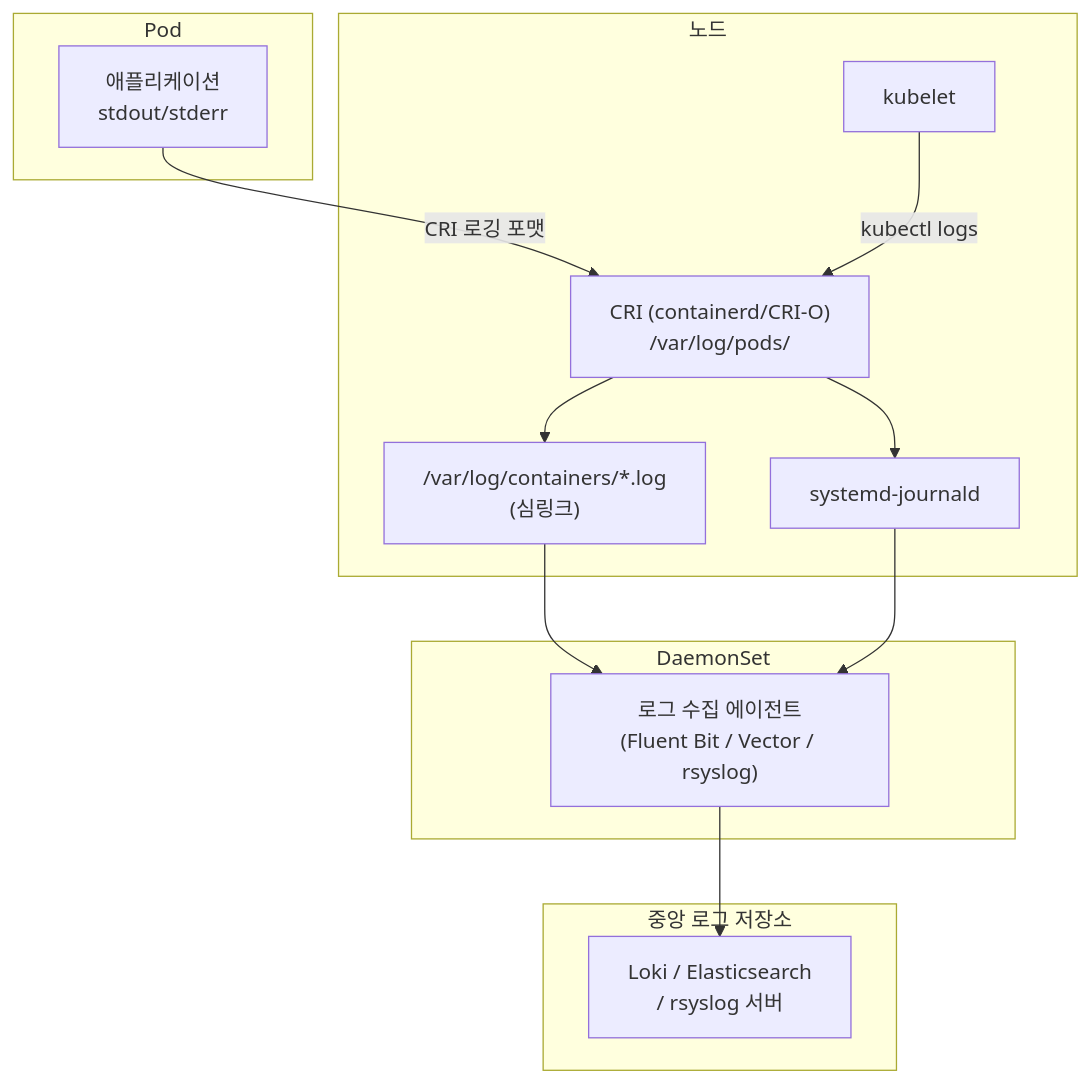
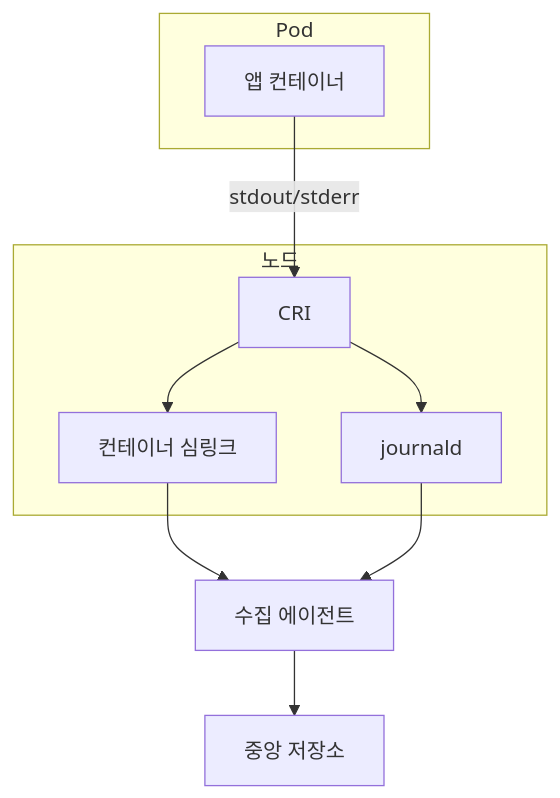
The seventh of 8 diagrams in content/linux/logging/system-logging.md (moonblueblue/devops-wiki), drawn with Mermaid before and after one commit. The commit also changed other lines of this file and 12 other files, not shown here.

First line of the commit message:
style: linux 섹션 전체 ASCII art 제거 및 Mermaid 규칙 적용

````diff
--- a/content/linux/logging/system-logging.md
+++ b/content/linux/logging/system-logging.md
@@ -708,29 +718,22 @@
 ```mermaid
-graph TD
+flowchart TD
     subgraph pod["Pod"]
-        APP["애플리케이션\nstdout/stderr"]
+        APP[앱 컨테이너]
     end
 
     subgraph node["노드"]
-        CRI["CRI (containerd/CRI-O)\n/var/log/pods/"]
-        KUBELET["kubelet"]
-        JOURNALD["systemd-journald"]
-        SYMLINK["/var/log/containers/*.log\n(심링크)"]
+        CRI[CRI]
+        JOURNALD[journald]
+        SYMLINK[컨테이너 심링크]
     end
 
-    subgraph daemonset["DaemonSet"]
-        AGENT["로그 수집 에이전트\n(Fluent Bit / Vector / rsyslog)"]
-    end
+    AGENT[수집 에이전트]
+    LOKI[중앙 저장소]
 
-    subgraph central["중앙 로그 저장소"]
-        LOKI["Loki / Elasticsearch\n/ rsyslog 서버"]
-    end
-
-    APP -- "CRI 로깅 포맷" --> CRI
+    APP -- stdout/stderr --> CRI
     CRI --> SYMLINK
     CRI --> JOURNALD
-    KUBELET -- "kubectl logs" --> CRI
     SYMLINK --> AGENT
     JOURNALD --> AGENT
     AGENT --> LOKI
 ```
````
